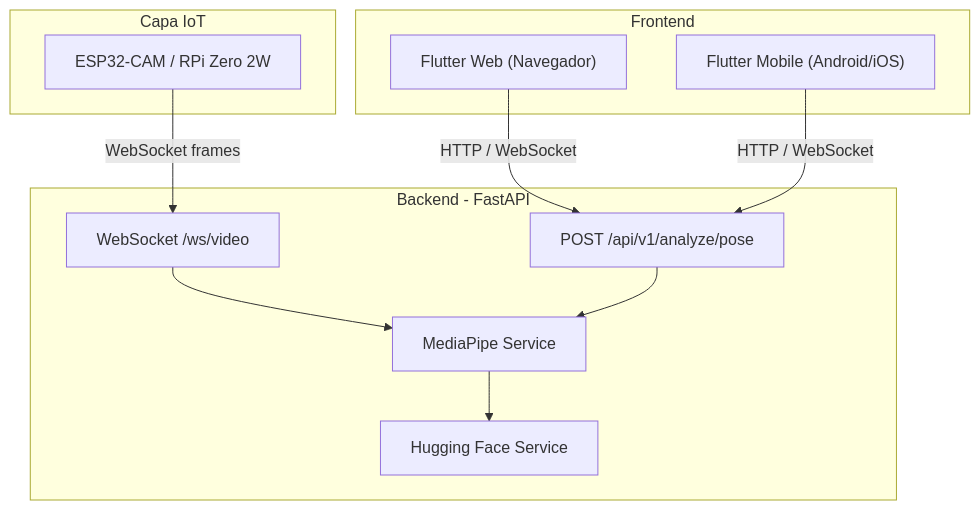
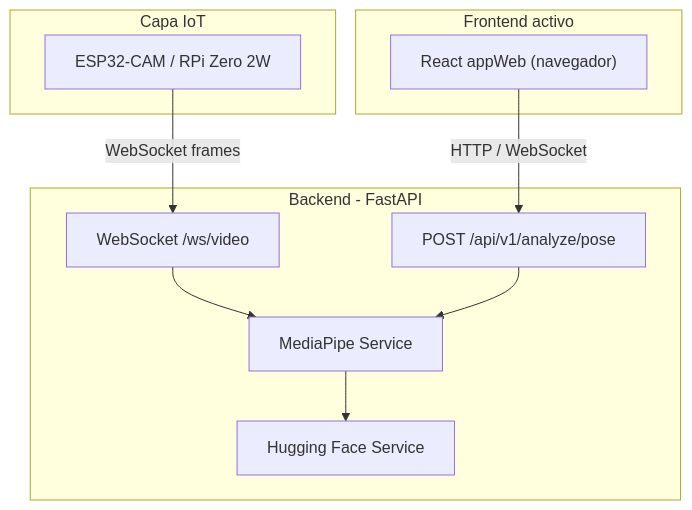
Before and after one commit to MLToroDev/bio-motion-evaluator: the diagram in docs/arquitectura.md, drawn with Mermaid. The commit also changed other lines of this file and 31 other files, not shown here.

````diff
--- a/docs/arquitectura.md
+++ b/docs/arquitectura.md
@@ -13,23 +14,21 @@
 ```mermaid
 flowchart TD
     subgraph iotLayer [Capa IoT]
         ESP32["ESP32-CAM / RPi Zero 2W"]
     end
-    subgraph frontendLayer [Frontend]
-        FlutterWeb["Flutter Web (Navegador)"]
-        FlutterMobile["Flutter Mobile (Android/iOS)"]
+    subgraph frontendLayer [Frontend activo]
+        ReactAppWeb["React appWeb (navegador)"]
     end
     subgraph backendLayer [Backend - FastAPI]
         WS["WebSocket /ws/video"]
         PoseAPI["POST /api/v1/analyze/pose"]
         MediaPipeService["MediaPipe Service"]
         HFService["Hugging Face Service"]
     end
 
     ESP32 -->|"WebSocket frames"| WS
-    FlutterWeb -->|"HTTP / WebSocket"| PoseAPI
-    FlutterMobile -->|"HTTP / WebSocket"| PoseAPI
+    ReactAppWeb -->|"HTTP / WebSocket"| PoseAPI
     WS --> MediaPipeService
     PoseAPI --> MediaPipeService
     MediaPipeService --> HFService
 ```
````
